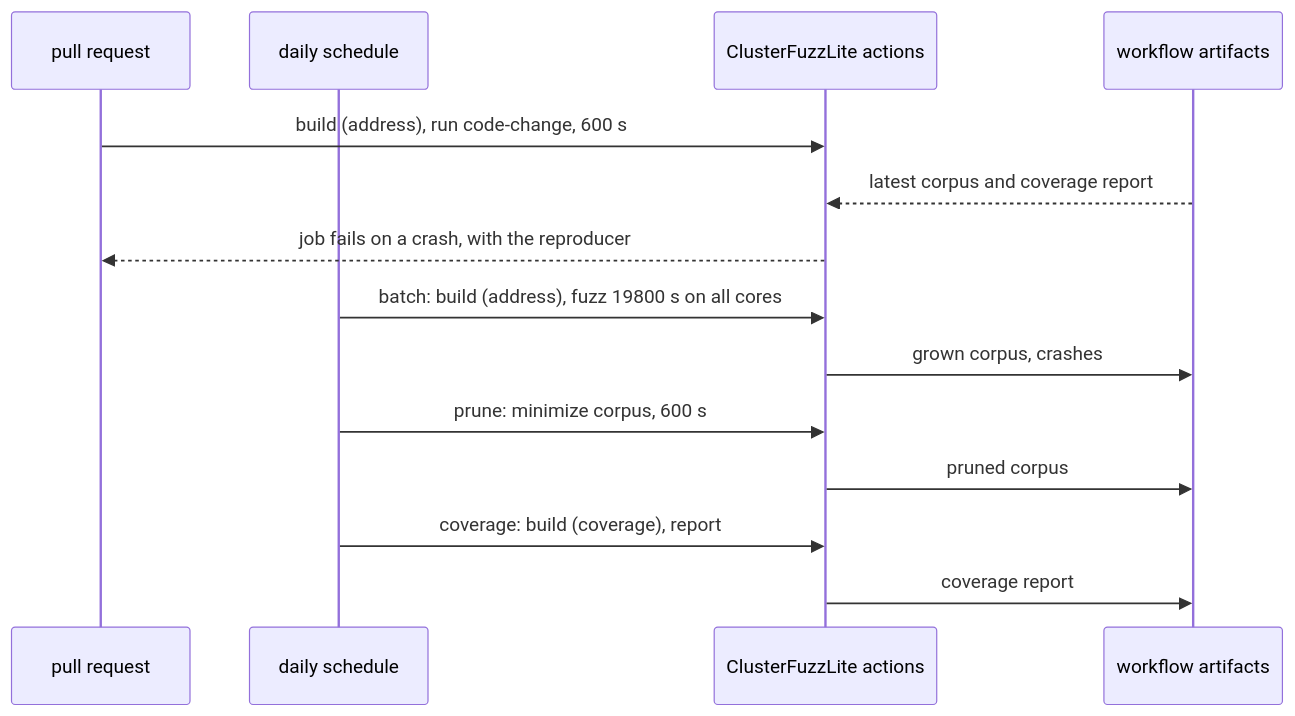
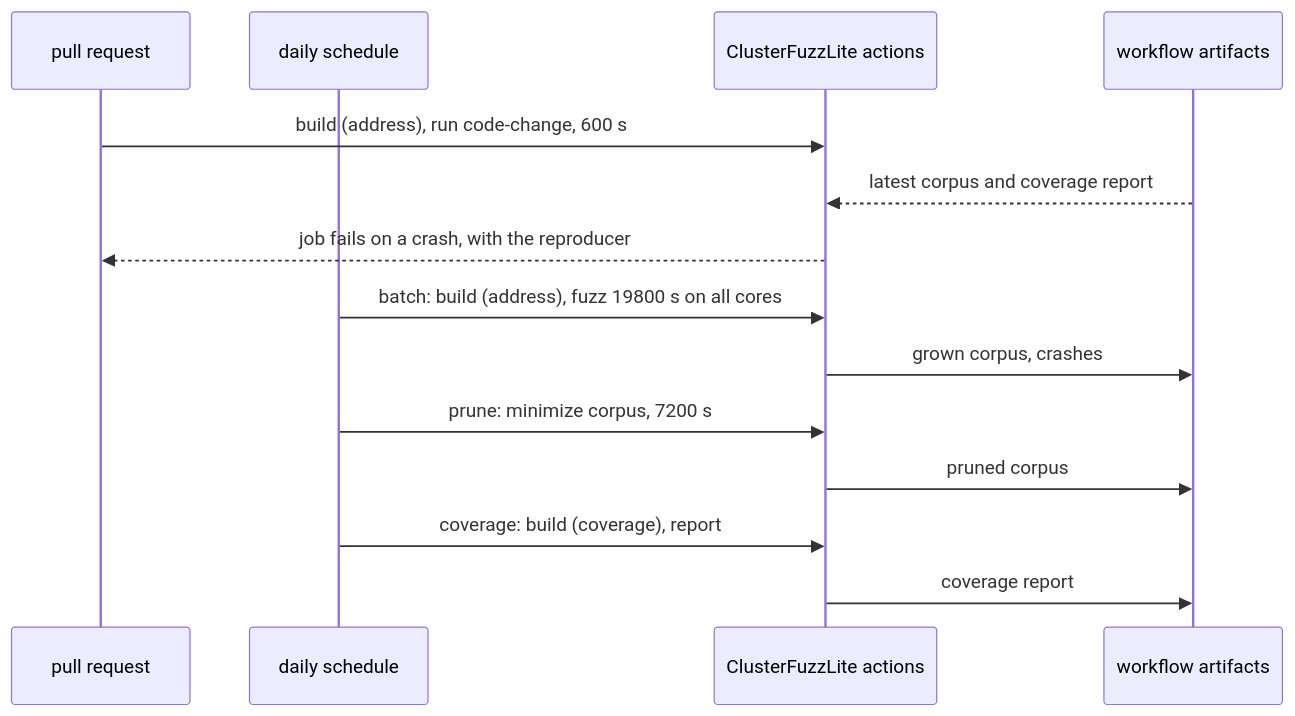
Before and after one commit to M-Compressors/mbrotli: the fifth of 5 diagrams in architecture/ci.md, drawn with Mermaid. The commit also changed other lines of this file and 5 other files, not shown here.

````diff
--- a/architecture/ci.md
+++ b/architecture/ci.md
@@ -206,16 +206,16 @@
 ```mermaid
 sequenceDiagram
     participant PR as pull request
     participant Cron as daily schedule
     participant CF as ClusterFuzzLite actions
     participant Store as workflow artifacts
     PR->>CF: build (address), run code-change, 600 s
     Store-->>CF: latest corpus and coverage report
     CF-->>PR: job fails on a crash, with the reproducer
     Cron->>CF: batch: build (address), fuzz 19800 s on all cores
     CF->>Store: grown corpus, crashes
-    Cron->>CF: prune: minimize corpus, 600 s
+    Cron->>CF: prune: minimize corpus, 7200 s
     CF->>Store: pruned corpus
     Cron->>CF: coverage: build (coverage), report
     CF->>Store: coverage report
 ```
````
